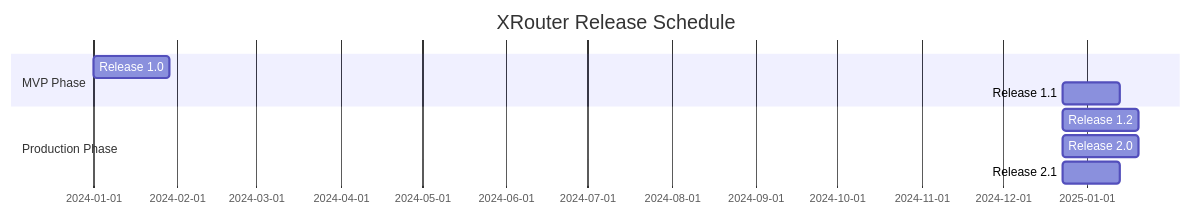
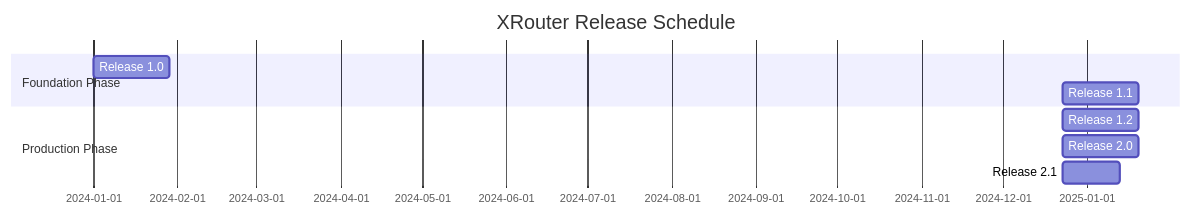
One commit to xrouter-ru/xrouter changed the diagram in docs/roadmap/release-plan.md. Above: the diagram before and after it, drawn with Mermaid. The commit also changed other lines of this file and 6 other files, not shown here.

First line of the commit message:
docs: update architecture documentation for Release 1.0

````diff
--- a/docs/roadmap/release-plan.md
+++ b/docs/roadmap/release-plan.md
@@ -114,12 +121,12 @@
 ```mermaid
 gantt
     title XRouter Release Schedule
     dateFormat  YYYY-MM-DD
-    section MVP Phase
+    section Foundation Phase
     Release 1.0    :2024-01-01, 4w
-    Release 1.1    :after Release 1.0, 3w
+    Release 1.1    :after Release 1.0, 4w
     section Production Phase
     Release 1.2    :after Release 1.1, 4w
     Release 2.0    :after Release 1.2, 4w
     Release 2.1    :after Release 2.0, 3w
 ```
````
